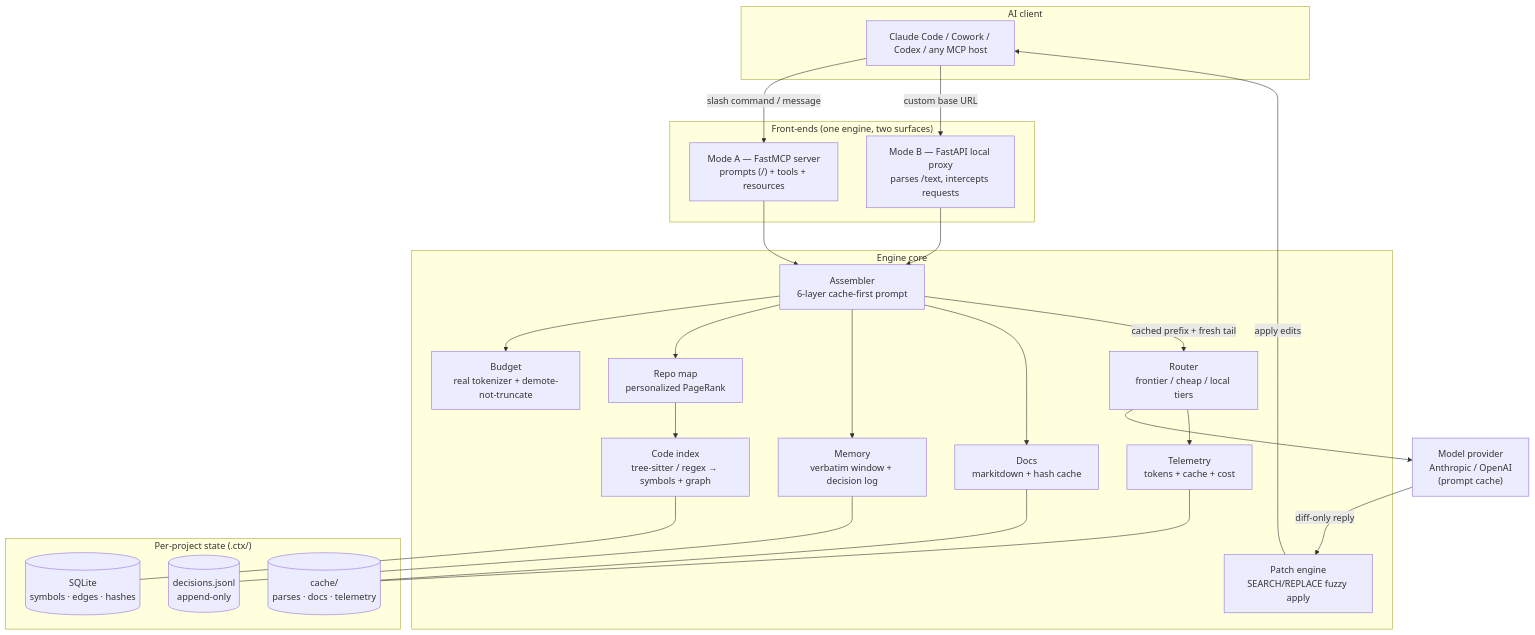
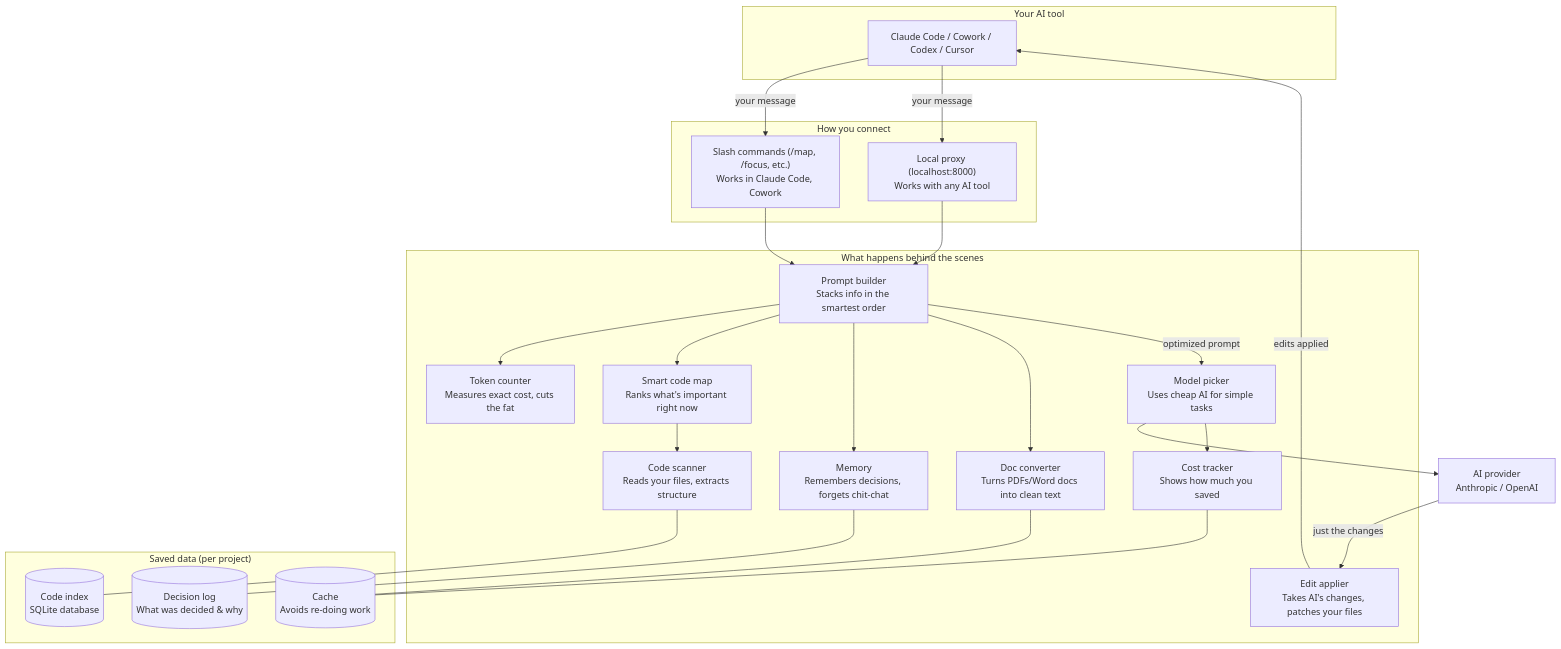
The diagram in README.md (aryxnsdfs/token-diet), drawn with Mermaid before and after one commit. The commit also changed other lines of this file and 2 other files, not shown here.

First line of the commit message:
docs: rewrite all user-facing text in plain English

````diff
--- a/README.md
+++ b/README.md
@@ -25,50 +32,50 @@
 ```mermaid
 flowchart TB
-    subgraph Client["AI client"]
-        CC["Claude Code / Cowork / Codex / any MCP host"]
+    subgraph Client["Your AI tool"]
+        CC["Claude Code / Cowork / Codex / Cursor"]
     end
 
-    subgraph Frontends["Front-ends (one engine, two surfaces)"]
-        MCP["Mode A — FastMCP server<br/>prompts (/) + tools + resources"]
-        PROXY["Mode B — FastAPI local proxy<br/>parses /text, intercepts requests"]
+    subgraph Frontends["How you connect"]
+        MCP["Slash commands (/map, /focus, etc.)<br/>Works in Claude Code, Cowork"]
+        PROXY["Local proxy (localhost:8000)<br/>Works with any AI tool"]
     end
 
-    subgraph Engine["Engine core"]
-        ASM["Assembler<br/>6-layer cache-first prompt"]
-        BUD["Budget<br/>real tokenizer + demote-not-truncate"]
-        IDX["Code index<br/>tree-sitter / regex → symbols + graph"]
-        MAP["Repo map<br/>personalized PageRank"]
-        MEM["Memory<br/>verbatim window + decision log"]
-        DOC["Docs<br/>markitdown + hash cache"]
-        PATCH["Patch engine<br/>SEARCH/REPLACE fuzzy apply"]
-        ROUTE["Router<br/>frontier / cheap / local tiers"]
-        TEL["Telemetry<br/>tokens + cache + cost"]
+    subgraph Engine["What happens behind the scenes"]
+        ASM["Prompt builder<br/>Stacks info in the smartest order"]
+        BUD["Token counter<br/>Measures exact cost, cuts the fat"]
+        IDX["Code scanner<br/>Reads your files, extracts structure"]
+        MAP["Smart code map<br/>Ranks what's important right now"]
+        MEM["Memory<br/>Remembers decisions, forgets chit-chat"]
+        DOC["Doc converter<br/>Turns PDFs/Word docs into clean text"]
+        PATCH["Edit applier<br/>Takes AI's changes, patches your files"]
+        ROUTE["Model picker<br/>Uses cheap AI for simple tasks"]
+        TEL["Cost tracker<br/>Shows how much you saved"]
     end
 
-    subgraph Store["Per-project state (.ctx/)"]
-        DB[("SQLite<br/>symbols · edges · hashes")]
-        LOG[("decisions.jsonl<br/>append-only")]
-        CACHE[("cache/<br/>parses · docs · telemetry")]
+    subgraph Store["Saved data (per project)"]
+        DB[("Code index<br/>SQLite database")]
+        LOG[("Decision log<br/>What was decided & why")]
+        CACHE[("Cache<br/>Avoids re-doing work")]
     end
 
-    PROV["Model provider<br/>Anthropic / OpenAI<br/>(prompt cache)"]
+    PROV["AI provider<br/>Anthropic / OpenAI"]
 
-    CC -->|"slash command / message"| MCP
-    CC -->|"custom base URL"| PROXY
+    CC -->|"your message"| MCP
+    CC -->|"your message"| PROXY
     MCP --> ASM
     PROXY --> ASM
     ASM --> BUD
     ASM --> MAP
     ASM --> MEM
     ASM --> DOC
     MAP --> IDX
     IDX --- DB
     MEM --- LOG
     DOC --- CACHE
-    ASM -->|"cached prefix + fresh tail"| ROUTE
+    ASM -->|"optimized prompt"| ROUTE
     ROUTE --> PROV
-    PROV -->|"diff-only reply"| PATCH
-    PATCH -->|"apply edits"| CC
+    PROV -->|"just the changes"| PATCH
+    PATCH -->|"edits applied"| CC
     ROUTE --> TEL
     TEL --- CACHE
 ```
````
